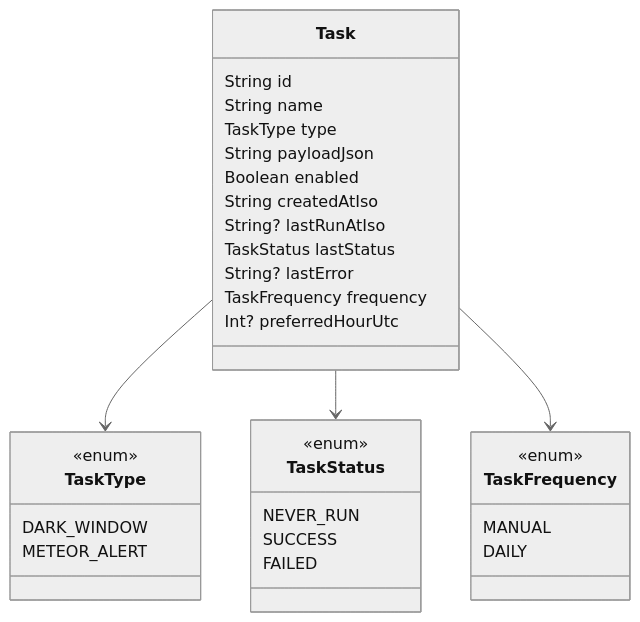
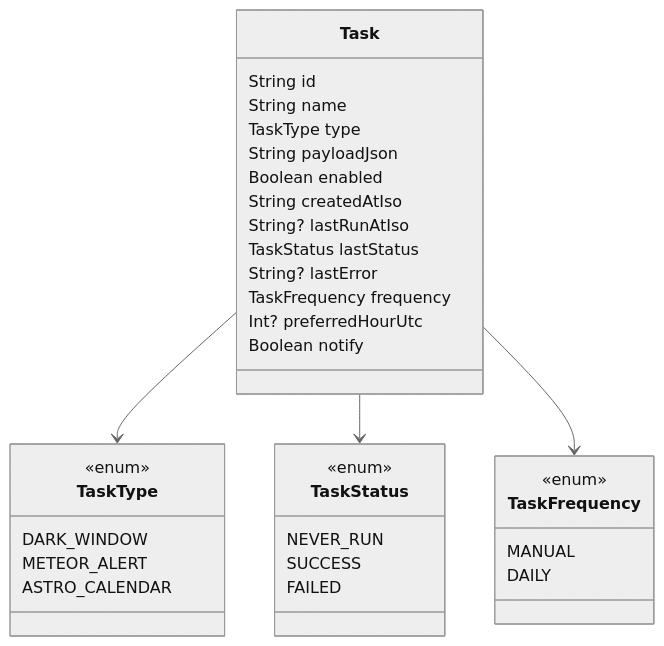
The fifth of 6 diagrams in docs/ARCHITECTURE.md (iOJ0230/astro-task-runner), drawn with Mermaid (neutral theme) before and after one commit. The commit also changed other lines of this file and 40 other files, not shown here.

````diff
--- a/docs/ARCHITECTURE.md
+++ b/docs/ARCHITECTURE.md
@@ -201,35 +253,37 @@
 ```mermaid
 classDiagram
     class Task {
         String id
         String name
         TaskType type
         String payloadJson
         Boolean enabled
         String createdAtIso
         String? lastRunAtIso
         TaskStatus lastStatus
         String? lastError
         TaskFrequency frequency
         Int? preferredHourUtc
+        Boolean notify
     }
     class TaskType {
         <<enum>>
         DARK_WINDOW
         METEOR_ALERT
+        ASTRO_CALENDAR
     }
     class TaskStatus {
         <<enum>>
         NEVER_RUN
         SUCCESS
         FAILED
     }
     class TaskFrequency {
         <<enum>>
         MANUAL
         DAILY
     }
     Task --> TaskType
     Task --> TaskStatus
     Task --> TaskFrequency
 ```
````
